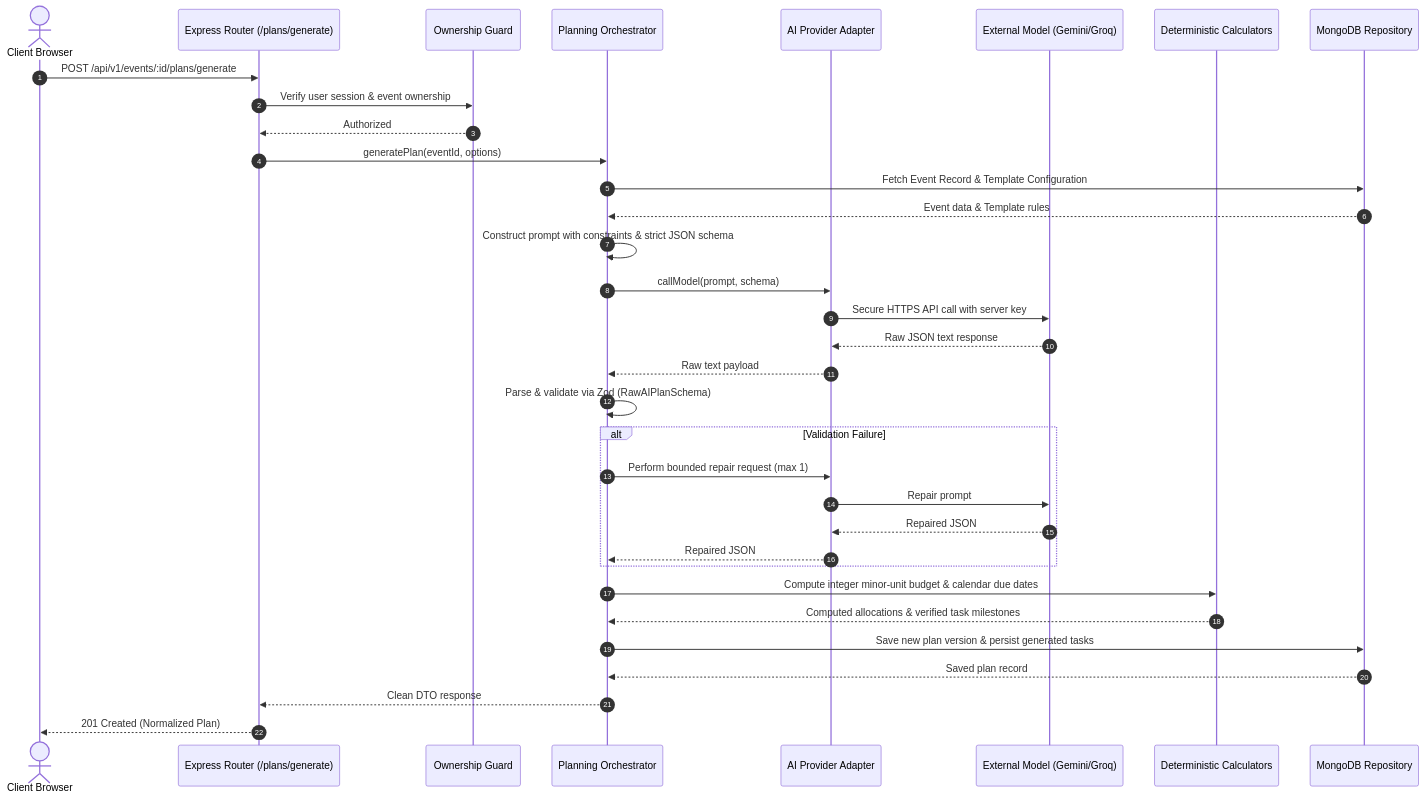
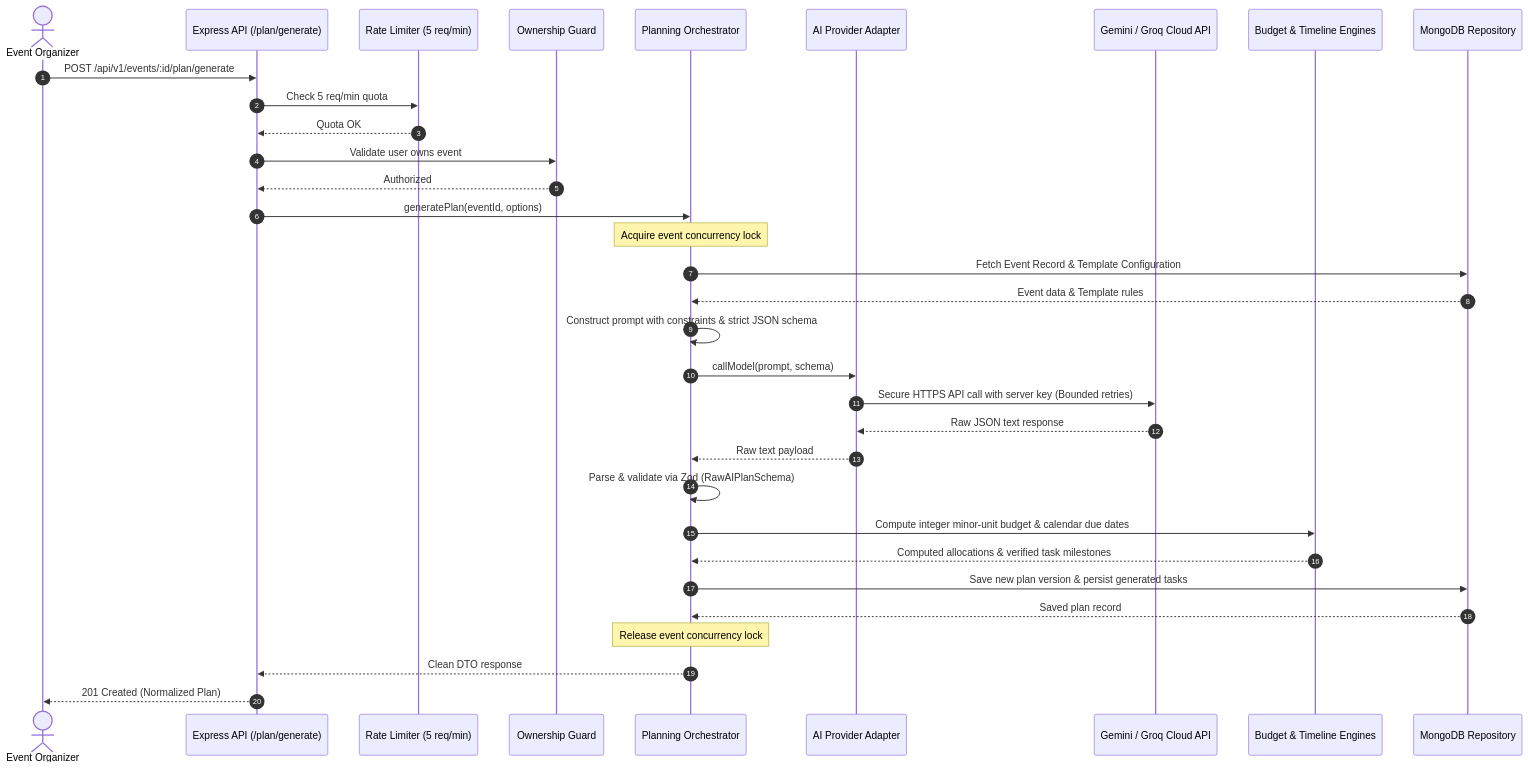
One commit to AnuragMishra1234/pw-chal05 changed the third of 4 diagrams in ARCHITECTURE.md. Above: the diagram before and after it, drawn with Mermaid. The commit also changed other lines of this file and 23 other files, not shown here.

````diff
--- a/ARCHITECTURE.md
+++ b/ARCHITECTURE.md
@@ -104,37 +81,36 @@
 ```mermaid
 sequenceDiagram
     autonumber
-    actor User as Client Browser
-    participant API as Express Router (/plans/generate)
+    actor User as Event Organizer
+    participant API as Express API (/plan/generate)
+    participant Rate as Rate Limiter (5 req/min)
     participant Auth as Ownership Guard
     participant Orch as Planning Orchestrator
     participant Adapter as AI Provider Adapter
-    participant LLM as External Model (Gemini/Groq)
-    participant Calc as Deterministic Calculators
+    participant LLM as Gemini / Groq Cloud API
+    participant Calc as Budget & Timeline Engines
     participant DB as MongoDB Repository
 
-    User->>API: POST /api/v1/events/:id/plans/generate
-    API->>Auth: Verify user session & event ownership
+    User->>API: POST /api/v1/events/:id/plan/generate
+    API->>Rate: Check 5 req/min quota
+    Rate-->>API: Quota OK
+    API->>Auth: Validate user owns event
     Auth-->>API: Authorized
     API->>Orch: generatePlan(eventId, options)
+    Note over Orch: Acquire event concurrency lock
     Orch->>DB: Fetch Event Record & Template Configuration
     DB-->>Orch: Event data & Template rules
     Orch->>Orch: Construct prompt with constraints & strict JSON schema
     Orch->>Adapter: callModel(prompt, schema)
-    Adapter->>LLM: Secure HTTPS API call with server key
+    Adapter->>LLM: Secure HTTPS API call with server key (Bounded retries)
     LLM-->>Adapter: Raw JSON text response
     Adapter-->>Orch: Raw text payload
     Orch->>Orch: Parse & validate via Zod (RawAIPlanSchema)
-    alt Validation Failure
-        Orch->>Adapter: Perform bounded repair request (max 1)
-        Adapter->>LLM: Repair prompt
-        LLM-->>Adapter: Repaired JSON
-        Adapter-->>Orch: Repaired JSON
-    end
     Orch->>Calc: Compute integer minor-unit budget & calendar due dates
     Calc-->>Orch: Computed allocations & verified task milestones
     Orch->>DB: Save new plan version & persist generated tasks
     DB-->>Orch: Saved plan record
+    Note over Orch: Release event concurrency lock
     Orch-->>API: Clean DTO response
     API-->>User: 201 Created (Normalized Plan)
 ```
````
